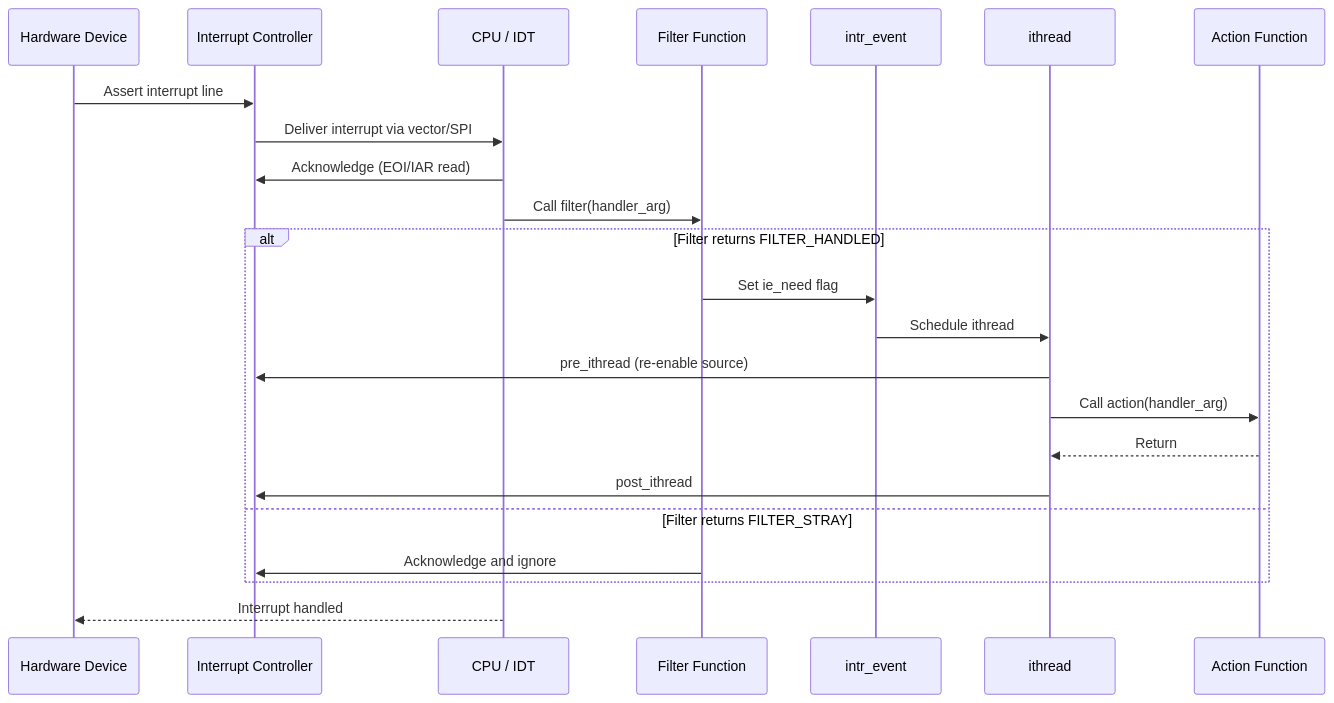
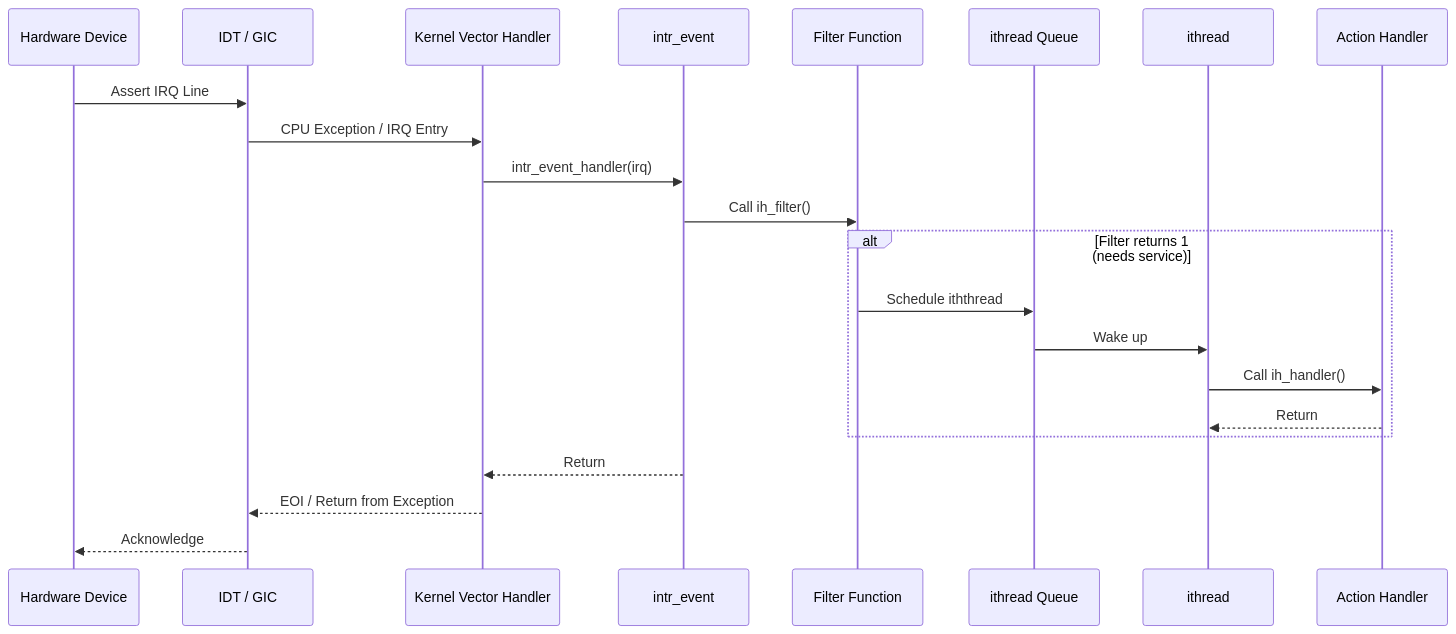
One commit to ocochard/freebsd-src changed the diagram in sys/kern/README_intr.md. Above: the diagram before and after it, drawn with Mermaid. The commit also changed other lines of this file and 25 other files, not shown here.

````diff
--- a/sys/kern/README_intr.md
+++ b/sys/kern/README_intr.md
@@ -195,26 +70,25 @@
 ```mermaid
 sequenceDiagram
-    participant HW as Hardware Device
-    participant PIC as Interrupt Controller
-    participant CPU as CPU / IDT
-    participant F as Filter Function
-    participant IE as intr_event
-    participant IT as ithread
-    participant A as Action Function
+  participant HW as Hardware Device
+  participant IDT as IDT / GIC
+  participant Kern as Kernel Vector Handler
+  participant Ev as intr_event
+  participant Filter as Filter Function
+  participant Q as ithread Queue
+  participant Thread as ithread
+  participant Action as Action Handler
 
-    HW->>PIC: Assert interrupt line
-    PIC->>CPU: Deliver interrupt via vector/SPI
-    CPU->>PIC: Acknowledge (EOI/IAR read)
-    CPU->>F: Call filter(handler_arg)
-    alt Filter returns FILTER_HANDLED
-        F->>IE: Set ie_need flag
-        IE->>IT: Schedule ithread
-        IT->>PIC: pre_ithread (re-enable source)
-        IT->>A: Call action(handler_arg)
-        A-->>IT: Return
-        IT->>PIC: post_ithread
-    else Filter returns FILTER_STRAY
-        F->>PIC: Acknowledge and ignore
-    end
-    CPU-->>HW: Interrupt handled
+  HW->>IDT: Assert IRQ Line
+  IDT->>Kern: CPU Exception / IRQ Entry
+  Kern->>Ev: intr_event_handler(irq)
+  Ev->>Filter: Call ih_filter()
+  alt Filter returns 1 (needs service)
+    Filter->>Q: Schedule iththread
+    Q->>Thread: Wake up
+    Thread->>Action: Call ih_handler()
+    Action-->>Thread: Return
+  end
+  Ev-->>Kern: Return
+  Kern-->>IDT: EOI / Return from Exception
+  IDT-->>HW: Acknowledge
 ```
````
